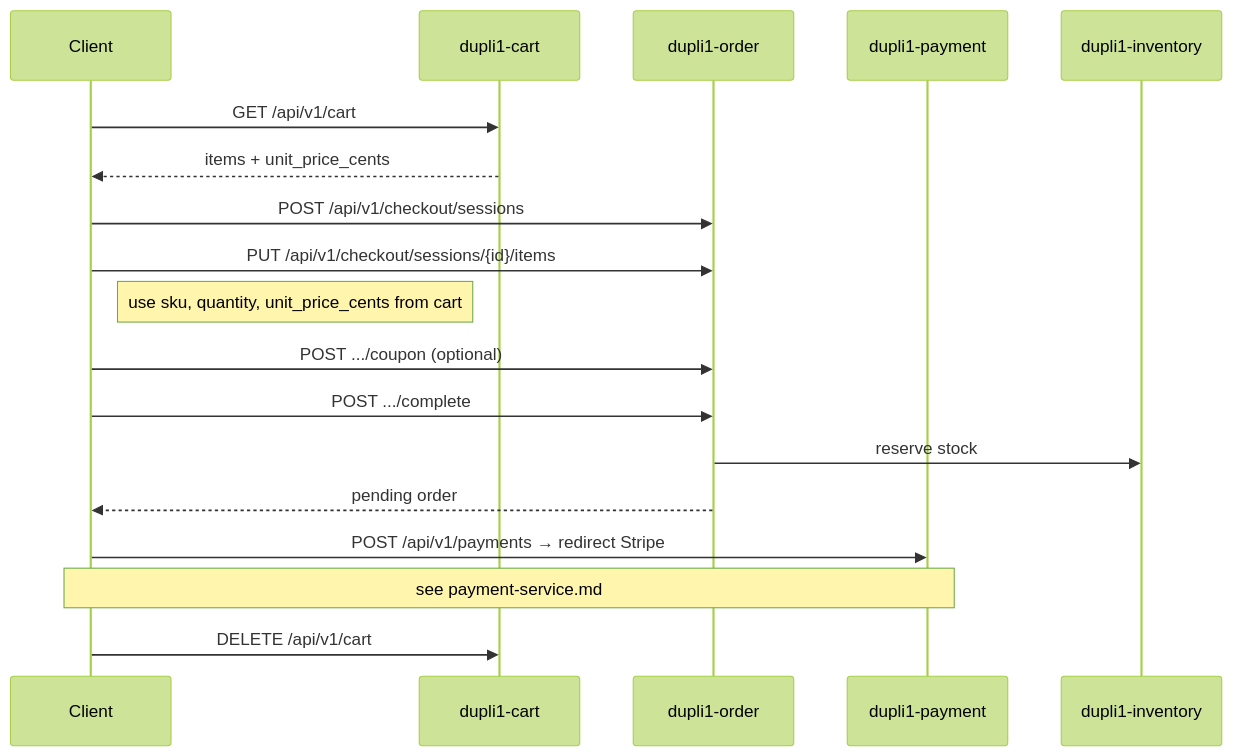
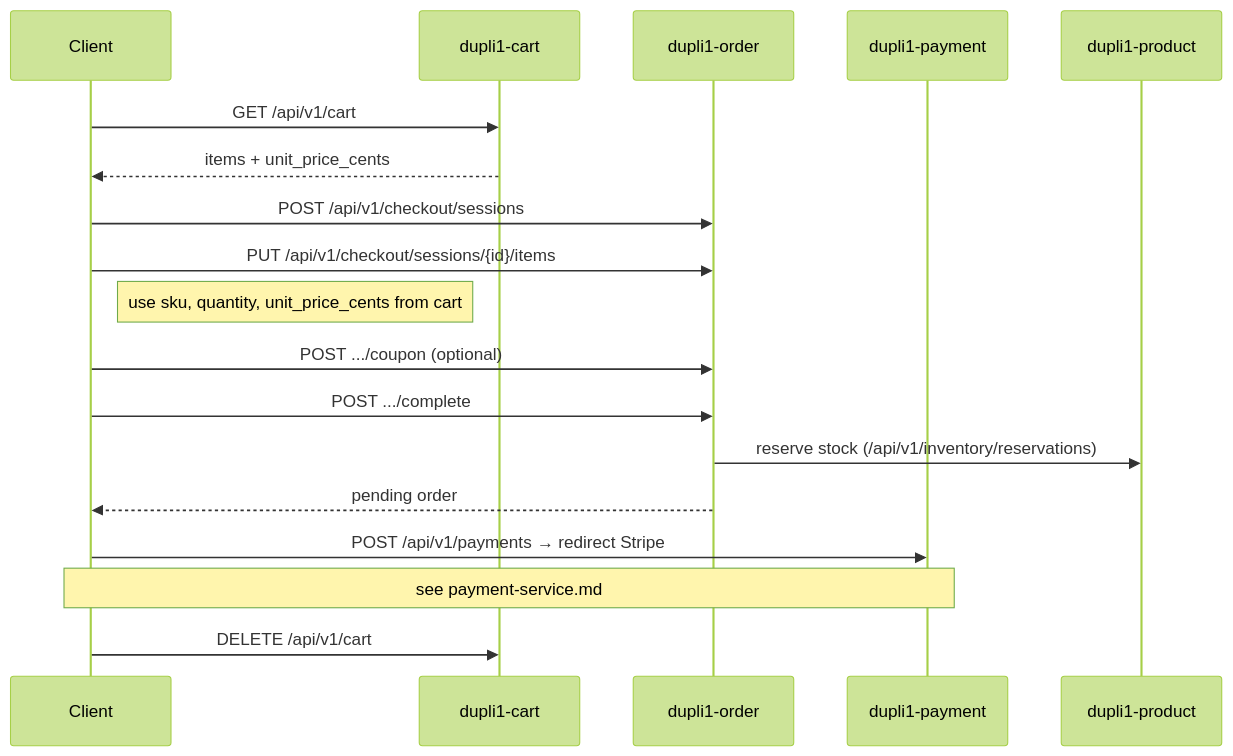
One commit to elug3/dupli1 changed the second of 2 diagrams in docs/cart-service.md. Above: the diagram before and after it, drawn with Mermaid (forest theme). The commit also changed other lines of this file and 5 other files, not shown here.

````diff
--- a/docs/cart-service.md
+++ b/docs/cart-service.md
@@ -235,25 +239,25 @@
 ```mermaid
 sequenceDiagram
     participant Client
     participant Cart as dupli1-cart
     participant Order as dupli1-order
     participant Pay as dupli1-payment
-    participant Inventory as dupli1-inventory
+    participant Product as dupli1-product
 
     Client->>Cart: GET /api/v1/cart
     Cart-->>Client: items + unit_price_cents
 
     Client->>Order: POST /api/v1/checkout/sessions
     Client->>Order: PUT /api/v1/checkout/sessions/{id}/items
     Note right of Client: use sku, quantity, unit_price_cents from cart
 
     Client->>Order: POST .../coupon (optional)
     Client->>Order: POST .../complete
-    Order->>Inventory: reserve stock
+    Order->>Product: reserve stock (/api/v1/inventory/reservations)
     Order-->>Client: pending order
 
     Client->>Pay: POST /api/v1/payments → redirect Stripe
     Note over Client,Pay: see payment-service.md
 
     Client->>Cart: DELETE /api/v1/cart
 ```
````
